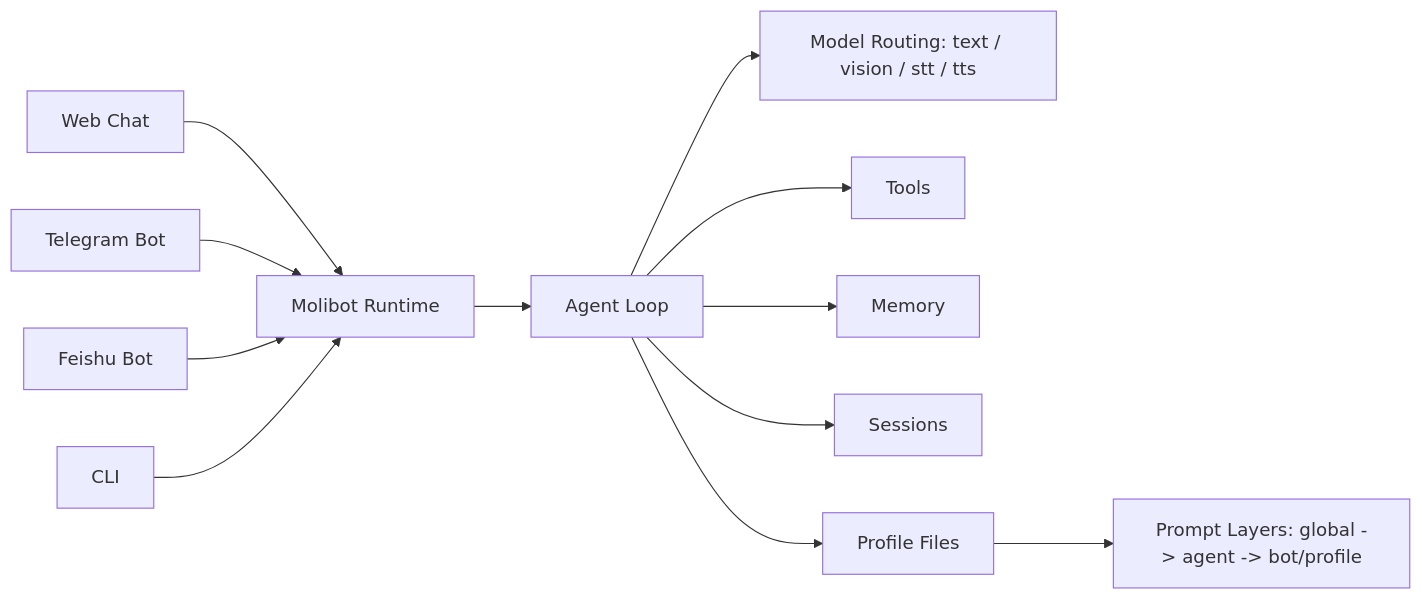
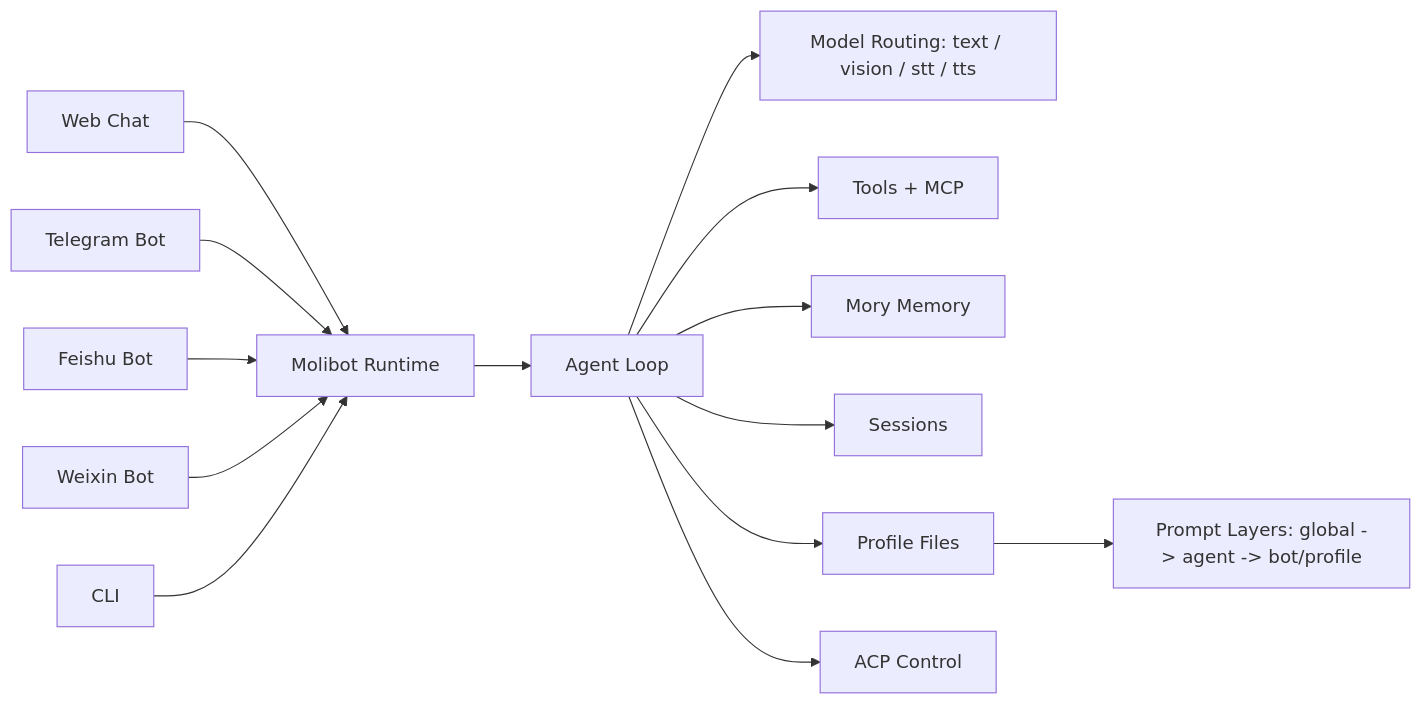
Before and after one commit to gusibi/molibot: the diagram in readme.md, drawn with Mermaid. The commit also changed other lines of this file, not shown here.

````diff
--- a/readme.md
+++ b/readme.md
@@ -55,16 +59,18 @@
 ```mermaid
 flowchart LR
     A[Web Chat] --> R[Molibot Runtime]
     B[Telegram Bot] --> R
     C[Feishu Bot] --> R
-    D[CLI] --> R
+    D[Weixin Bot] --> R
+    E[CLI] --> R
 
     R --> P[Agent Loop]
     P --> M["Model Routing: text / vision / stt / tts"]
-    P --> T[Tools]
-    P --> MM[Memory]
+    P --> T[Tools + MCP]
+    P --> MM[Mory Memory]
     P --> S[Sessions]
     P --> F[Profile Files]
+    P --> ACP[ACP Control]
 
     F --> L["Prompt Layers: global -> agent -> bot/profile"]
 ```
````
